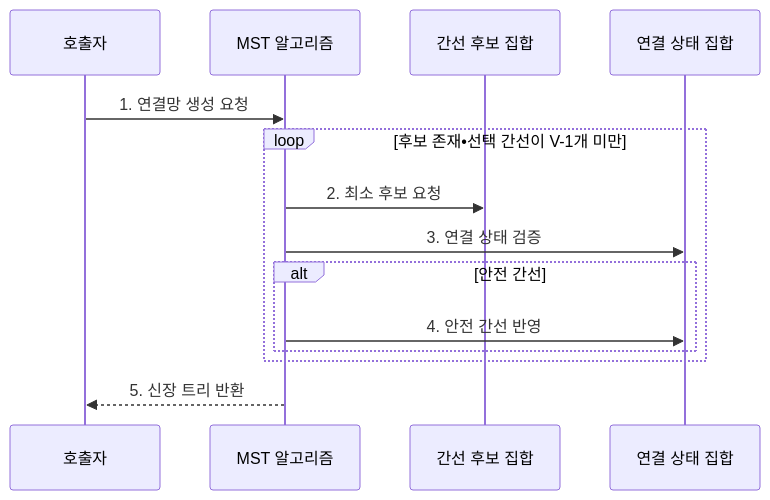
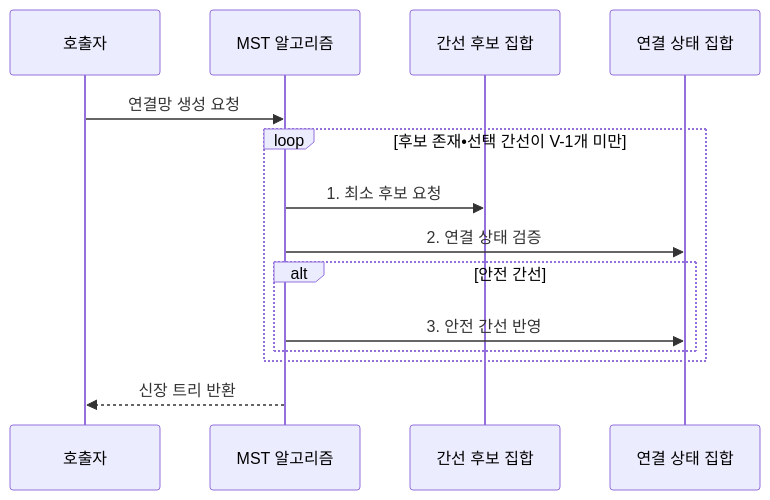
Before and after one commit to agnusdei1207/knowledge-base: the second of 2 diagrams in src/content/docs/notes/01-basic-theory/012_minimum_spanning_tree.md, drawn with Mermaid. The commit also changed other lines of this file and 17 other files, not shown here.

````diff
--- a/src/content/docs/notes/01-basic-theory/012_minimum_spanning_tree.md
+++ b/src/content/docs/notes/01-basic-theory/012_minimum_spanning_tree.md
@@ -81,16 +82,16 @@
 ```mermaid
 sequenceDiagram
     participant Q as 호출자
     participant A as MST 알고리즘
     participant C as 간선 후보 집합
     participant S as 연결 상태 집합
-    Q->>A: 1. 연결망 생성 요청
+    Q->>A: 연결망 생성 요청
     loop 후보 존재•선택 간선이 V-1개 미만
-        A->>C: 2. 최소 후보 요청
-        A->>S: 3. 연결 상태 검증
+        A->>C: 1. 최소 후보 요청
+        A->>S: 2. 연결 상태 검증
         alt 안전 간선
-            A->>S: 4. 안전 간선 반영
+            A->>S: 3. 안전 간선 반영
         end
     end
-    A-->>Q: 5. 신장 트리 반환
+    A-->>Q: 신장 트리 반환
 ```
````
